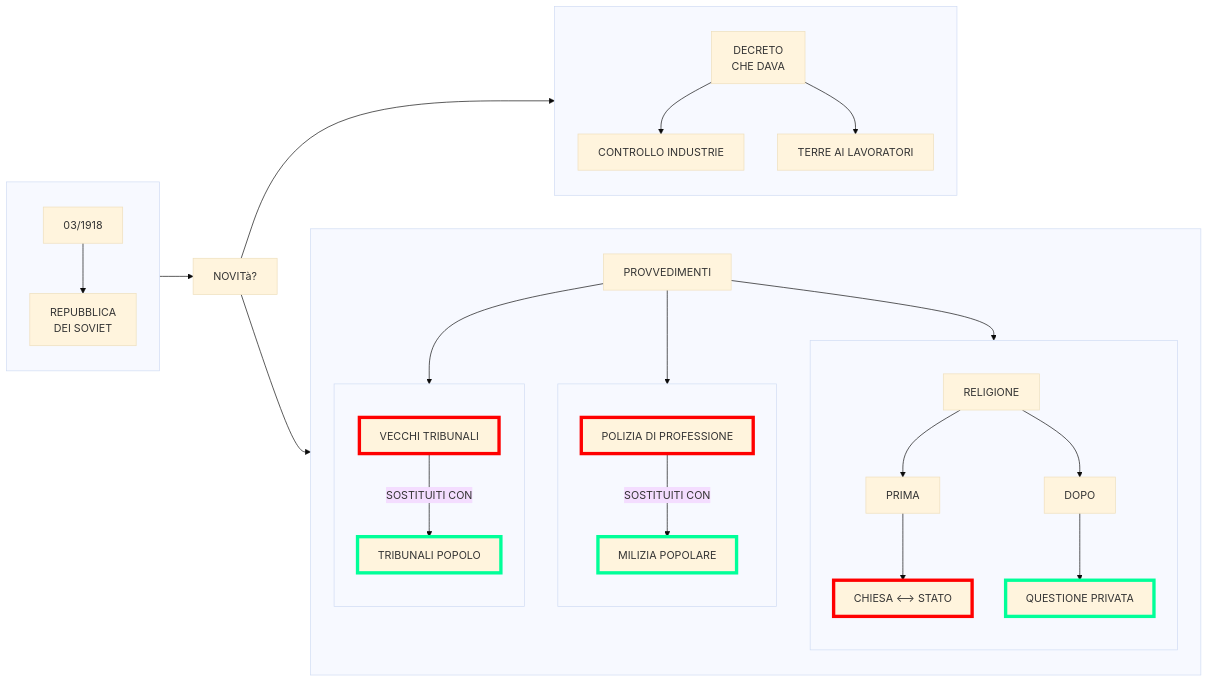
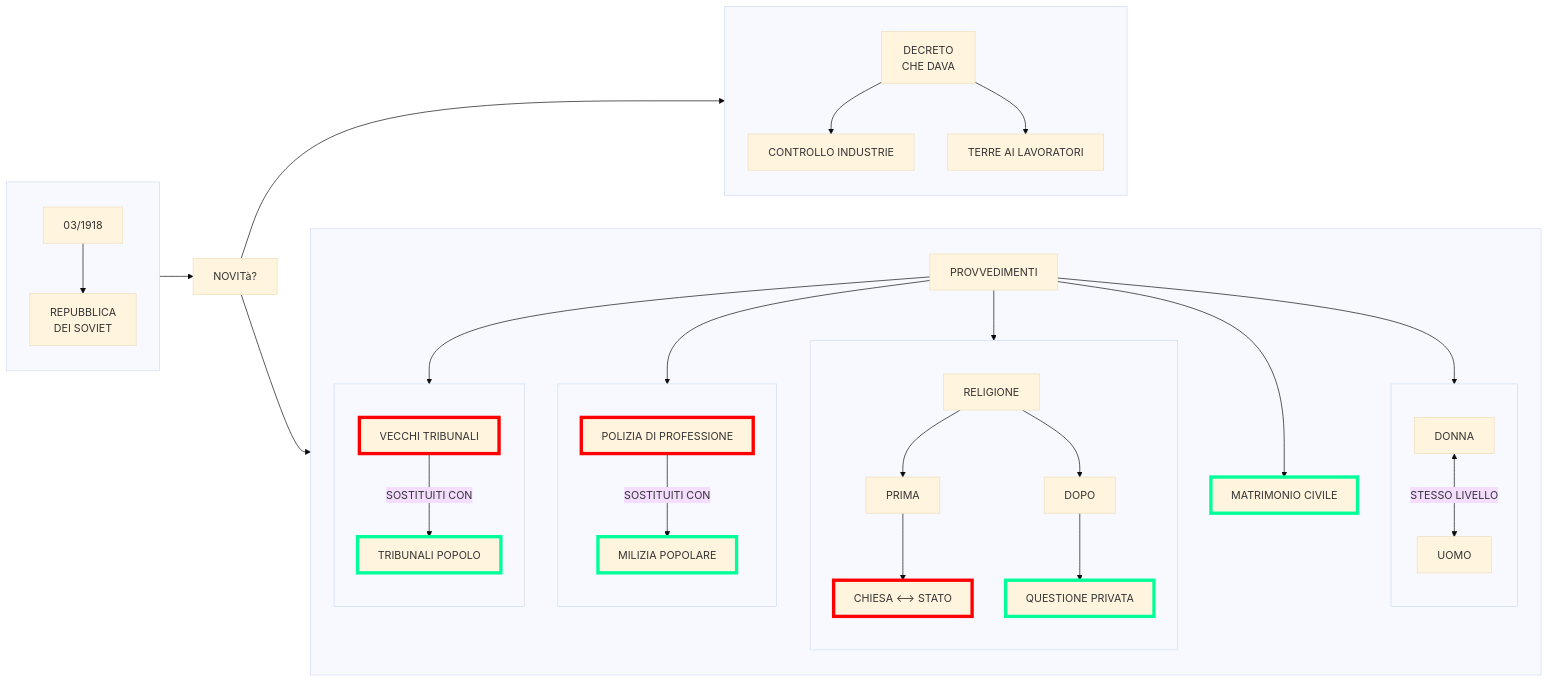
Before and after one commit to Laaouatni/ricerca-storia-MermaidJS: the fourth of 4 diagrams in stalinismo.md, drawn with Mermaid (base theme).

Commit message:
Add civil marriage and gender nodes to flowchart

````diff
--- a/stalinismo.md
+++ b/stalinismo.md
@@ -118,46 +118,53 @@
 ```mermaid
 flowchart LR
     subgraph 0[" "]
         00[03/1918] -->
         000[REPUBBLICA <br> DEI SOVIET]
     end
     01[NOVITà?]
     subgraph 013[" "]
         direction TB;
         010[DECRETO <br> CHE DAVA]
         011[CONTROLLO INDUSTRIE]
         012[TERRE AI LAVORATORI]
         010 --> 011 & 012
     end
     subgraph 014[" "]
         1[PROVVEDIMENTI]
         subgraph 10[" "]
             100[VECCHI TRIBUNALI]
             style 100 stroke:#ff0000, stroke-width:5px;
             101[TRIBUNALI POPOLO]
             style 101 stroke:#00ff99, stroke-width:5px;
             100 -->|SOSTITUITI CON| 101
         end
         subgraph 11[" "]
             110[POLIZIA DI PROFESSIONE]
             style 110 stroke:#ff0000, stroke-width:5px;
             111[MILIZIA POPOLARE]
             style 111 stroke:#00ff99, stroke-width:5px;
             110 -->|SOSTITUITI CON| 111
         end
         subgraph 12[" "]
             120[RELIGIONE]
             1200[PRIMA]
             12000[CHIESA <--> STATO]
             style 12000 stroke:#ff0000, stroke-width:5px;
             1201[DOPO]
             12010[QUESTIONE PRIVATA]
             style 12010 stroke:#00ff99, stroke-width:5px;
             120 --> 1200 & 1201
             1201 --> 12010
             1200 --> 12000
         end
-        1 --> 10 & 11 & 12
+        13[MATRIMONIO CIVILE]
+        style 13 stroke:#00ff99, stroke-width:5px;
+        subgraph 14[" "]
+            140[DONNA]
+            141[UOMO]
+            140 <-->|STESSO LIVELLO| 141
+        end
+        1 --> 10 & 11 & 12 & 13 & 14
     end
     0 --> 01 --> 013 & 014
 ```
````
